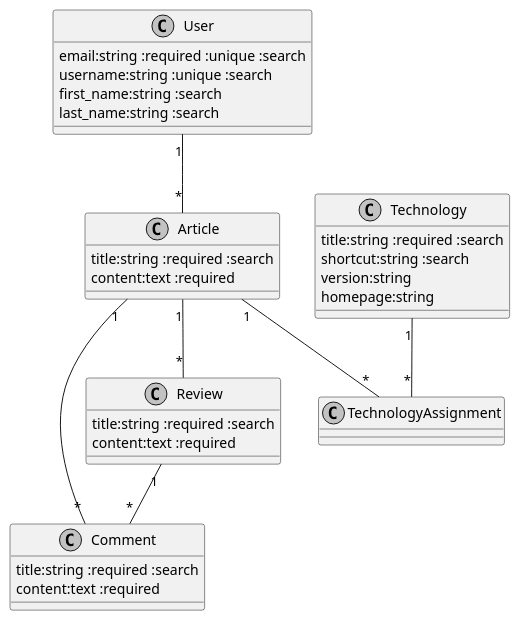
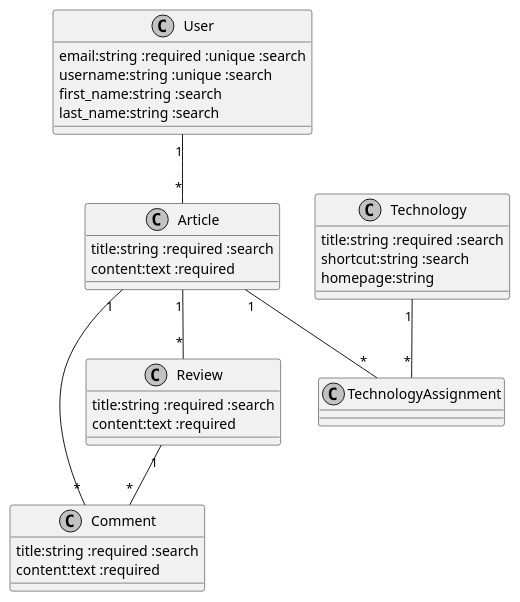
The diagram in docs/model.md (jrcech/blogger), drawn with PlantUML before and after one commit. The commit also changed other lines of this file, not shown here.

````diff
--- a/docs/model.md
+++ b/docs/model.md
@@ -26,46 +3,45 @@
 ```plantuml
 @startuml
 
 skinparam monochrome true
 skinparam shadowing false
 
 class User {
   email:string :required :unique :search
   username:string :unique :search
   first_name:string :search
   last_name:string :search
 }
 
 class Article {
   title:string :required :search
   content:text :required
 }
 
 class Technology {
   title:string :required :search
   shortcut:string :search
-  version:string
   homepage:string
 }
 
 class Comment {
   title:string :required :search
   content:text :required
 }
 
 class Review {
   title:string :required :search
   content:text :required
 }
 
 User "1" -- "*" Article
 
 Article "1" -- "*" Review
 Article "1" -- "*" Comment
 Review "1" -- "*" Comment
 
 Article "1" -- "*" TechnologyAssignment
 Technology "1" -- "*" TechnologyAssignment
 
 @enduml
 ```
````
